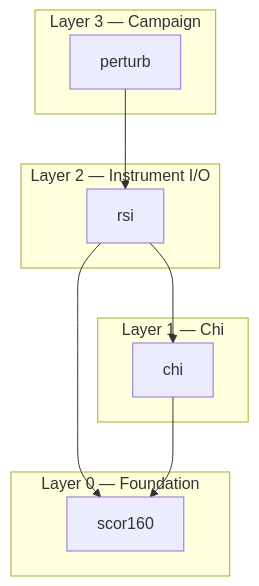
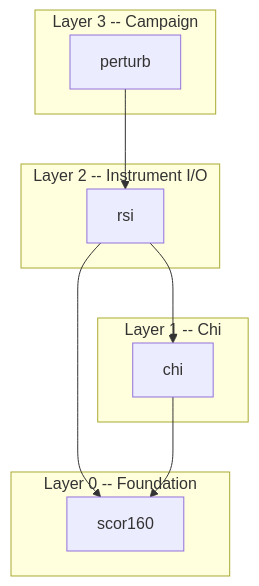
One commit to mousebrains/turbulence changed the first of 6 diagrams in docs/ARCHITECTURE.md. Above: the diagram before and after it, drawn with Mermaid. The commit also changed other lines of this file and 10 other files, not shown here.

````diff
--- a/docs/ARCHITECTURE.md
+++ b/docs/ARCHITECTURE.md
@@ -20,23 +20,23 @@
 ```mermaid
 graph TD
-    subgraph "Layer 0 — Foundation"
+    subgraph "Layer 0 -- Foundation"
         S[scor160]
     end
 
-    subgraph "Layer 1 — Chi"
+    subgraph "Layer 1 -- Chi"
         C[chi]
     end
 
-    subgraph "Layer 2 — Instrument I/O"
+    subgraph "Layer 2 -- Instrument I/O"
         R[rsi]
     end
 
-    subgraph "Layer 3 — Campaign"
+    subgraph "Layer 3 -- Campaign"
         P[perturb]
     end
 
     P --> R
     R --> C
     R --> S
     C --> S
 ```
````
